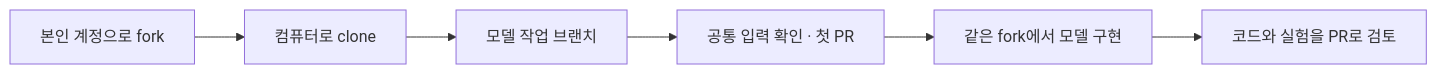
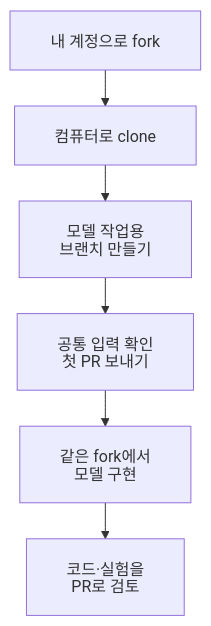
One commit to WaterMinCho/programming-study changed the diagram in docs/LEARNING_WORKFLOW.md. Above: the diagram before and after it, drawn with Mermaid. The commit also changed 15 other files, not shown here.

````diff
--- a/docs/LEARNING_WORKFLOW.md
+++ b/docs/LEARNING_WORKFLOW.md
@@ -7,8 +7,17 @@
 ```mermaid
-flowchart LR
-    A["본인 계정으로 fork"] --> B["컴퓨터로 clone"]
-    B --> C["모델 작업 브랜치"]
-    C --> D["공통 입력 확인 · 첫 PR"]
-    D --> E["같은 fork에서 모델 구현"]
-    E --> F["코드와 실험을 PR로 검토"]
+---
+config:
+  htmlLabels: false
+  flowchart:
+    padding: 20
+    wrappingWidth: 240
+    nodeSpacing: 32
+    rankSpacing: 36
+---
+flowchart TD
+    A["내 계정으로 fork"] --> B["컴퓨터로 clone"]
+    B --> C["모델 작업용<br/>브랜치 만들기"]
+    C --> D["공통 입력 확인<br/>첫 PR 보내기"]
+    D --> E["같은 fork에서<br/>모델 구현"]
+    E --> F["코드·실험을<br/>PR로 검토"]
 ```
````
